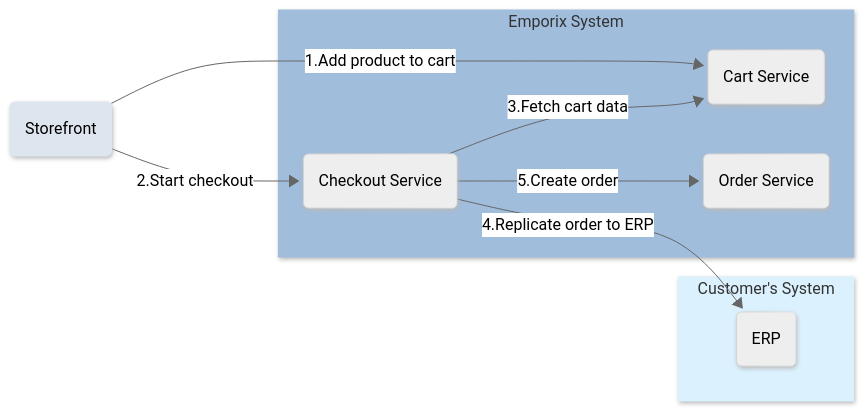
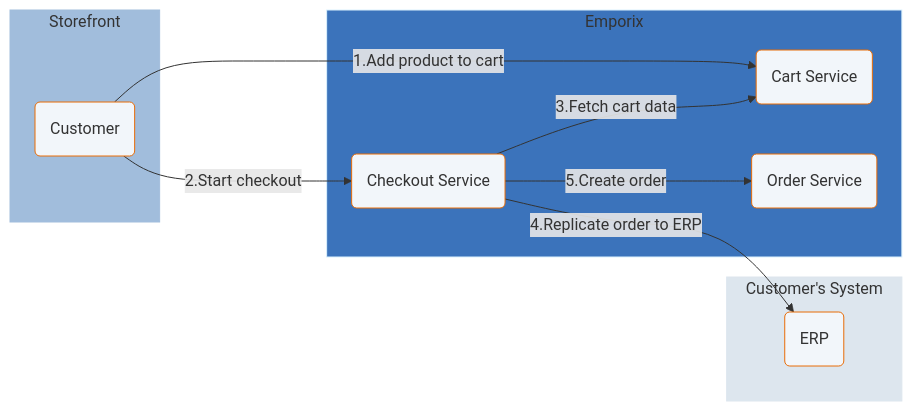
Before and after one commit to emporix/api-references: the diagram in orders/order/order.md, drawn with Mermaid. The commit also changed 4 other files, not shown here.

Commit message:
COP-3102 Diagrams for order tutotial

````diff
--- a/orders/order/order.md
+++ b/orders/order/order.md
@@ -34,33 +34,43 @@
 ```mermaid
 ---
 config:
   layout: fixed
-  theme: neutral
-  look: neo
+  theme: default
+  look: classic
+  font-family: Lato, sans-serif
 ---
 flowchart LR
- subgraph subGraph0["Emporix System"]
+ subgraph subGraph0["Storefront"]
+        A["Customer"]
+  end
+ subgraph subGraph1["Emporix"]
         CS["Cart Service"]
         CHK["Checkout Service"]
         OS["Order Service"]
   end
- subgraph subGraph1["Customer's System"]
+ subgraph subGraph2["Customer's System"]
         ERP["ERP"]
   end
-    SF["Storefront"] -- "1.Add product to cart" --> CS
-    SF -- "2.Start checkout" --> CHK
+    A -- "1.Add product to cart" --> CS
+    A -- "2.Start checkout" --> CHK
     CHK -- "3.Fetch cart data" --> CS
     CHK -- "4.Replicate order to ERP" --> ERP
     CHK -- "5.Create order" --> OS
+    A@{ shape: rounded}
     CS@{ shape: rounded}
     CHK@{ shape: rounded}
     OS@{ shape: rounded}
     ERP@{ shape: rounded}
-    SF@{ shape: rounded}
-     SF:::Class_02
+     A:::Class_04
+     CS:::Class_04
+     CHK:::Class_04
+     ERP:::Class_04
+     OS:::Class_04
      subGraph1:::Class_03
      subGraph0:::Class_01
+     subGraph2:::Class_02
     classDef Class_02 stroke-width:1px, stroke-dasharray: 0, stroke:#DDE6EE, fill:#DDE6EE
     classDef Class_01 stroke-width:1px, stroke-dasharray: 0, stroke:#A1BDDC, fill:#A1BDDC
-    classDef Class_03 stroke-width:1px, stroke-dasharray: 0, stroke:#DBF1FE, fill:#DBF1FE
+    classDef Class_03 stroke-width:1px, stroke-dasharray: 0, stroke:#DBF1FE, fill:#3b73bb
+    classDef Class_04 fill:#F2F6FA, stroke:#E86C07
 ```
````
